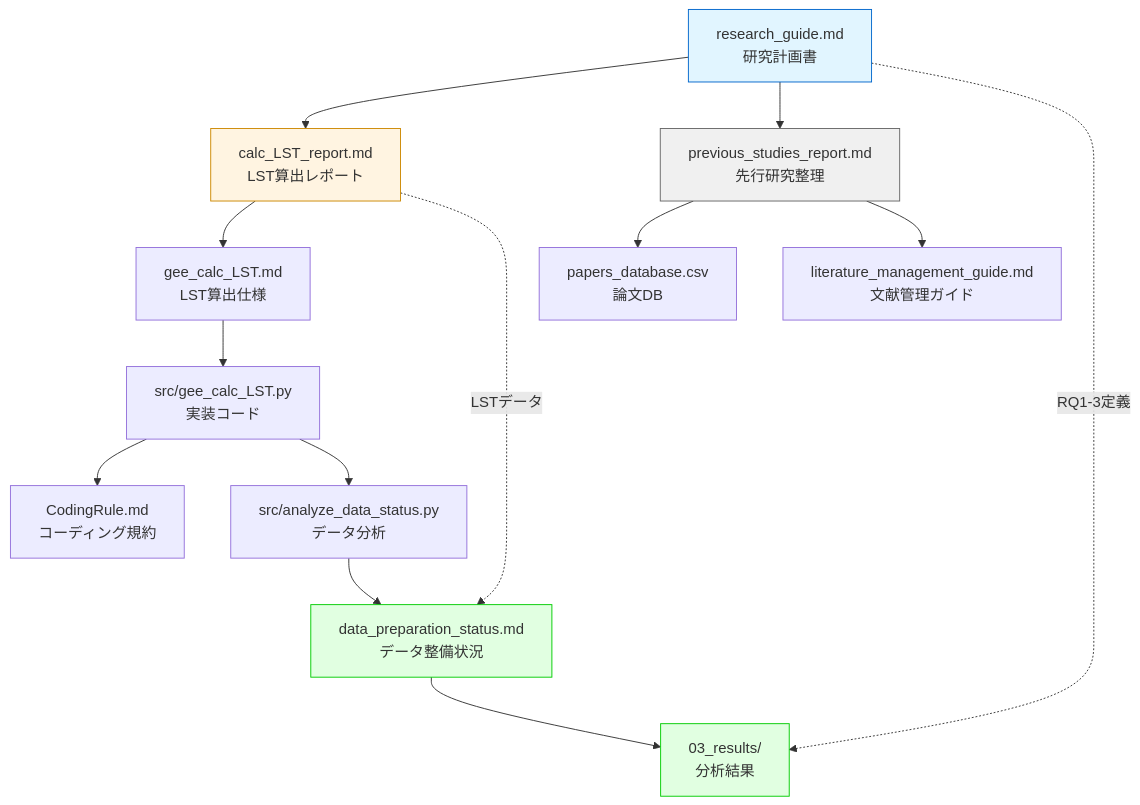
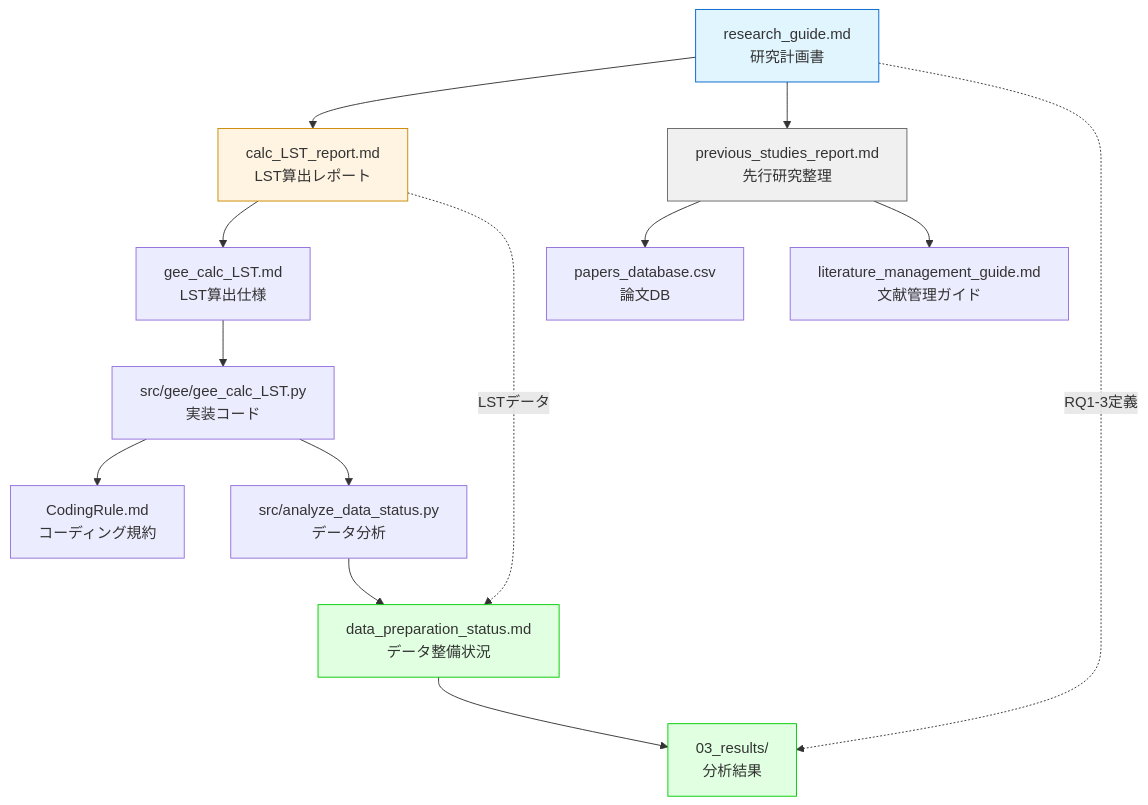
Before and after one commit to HitsujiNeko/MasterResearch: the diagram in docs/README.md, drawn with Mermaid. The commit also changed other lines of this file and 22 other files, not shown here.

````diff
--- a/docs/README.md
+++ b/docs/README.md
@@ -100,26 +100,26 @@
 ```mermaid
 graph TB
     A[research_guide.md<br/>研究計画書] --> B[calc_LST_report.md<br/>LST算出レポート]
     A --> C[previous_studies_report.md<br/>先行研究整理]
     
     B --> D[gee_calc_LST.md<br/>LST算出仕様]
-    D --> E[src/gee_calc_LST.py<br/>実装コード]
+    D --> E[src/gee/gee_calc_LST.py<br/>実装コード]
     
     C --> F[papers_database.csv<br/>論文DB]
     C --> G[literature_management_guide.md<br/>文献管理ガイド]
     
     E --> H[CodingRule.md<br/>コーディング規約]
     E --> J[src/analyze_data_status.py<br/>データ分析]
     
     J --> K[data_preparation_status.md<br/>データ整備状況]
     
     A -.RQ1-3定義.-> I[03_results/<br/>分析結果]
     B -.LSTデータ.-> K
     K --> I
     
     style A fill:#e1f5ff,stroke:#0066cc
     style B fill:#fff4e1,stroke:#cc8800
     style C fill:#f0f0f0,stroke:#666
     style I fill:#e1ffe1,stroke:#00cc00
     style K fill:#e1ffe1,stroke:#00cc00
 ```
````
